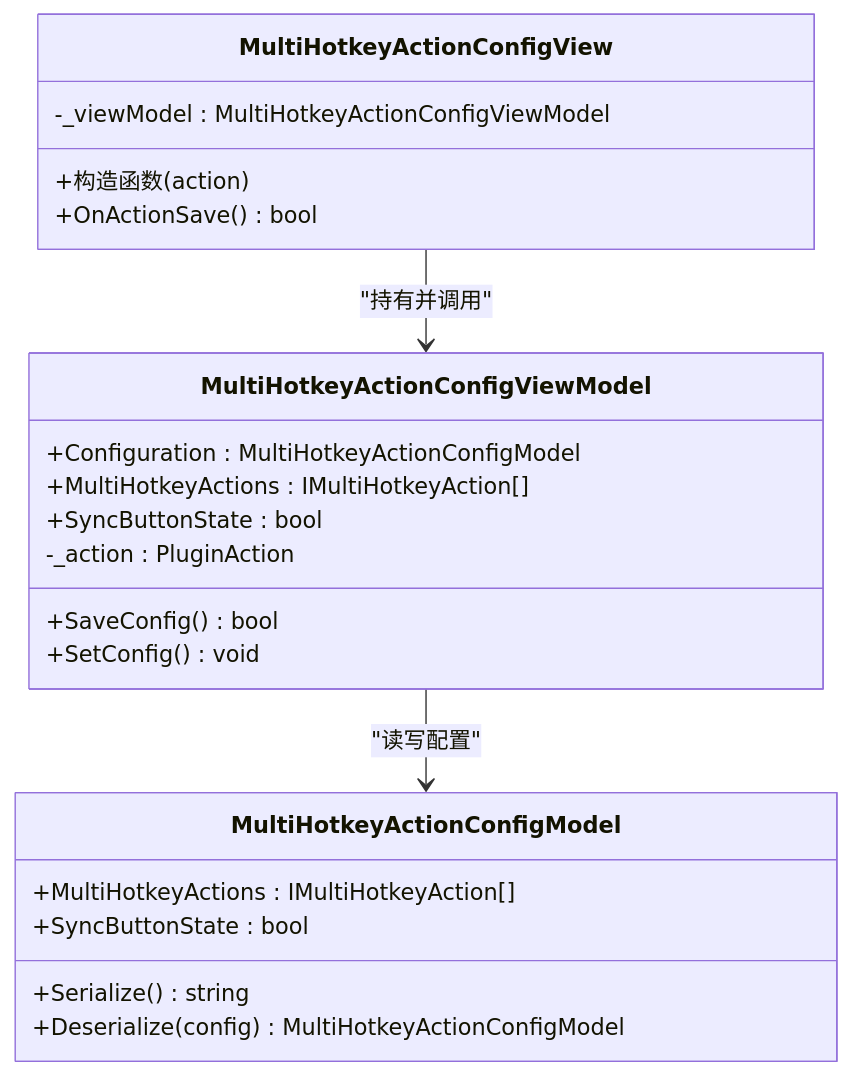
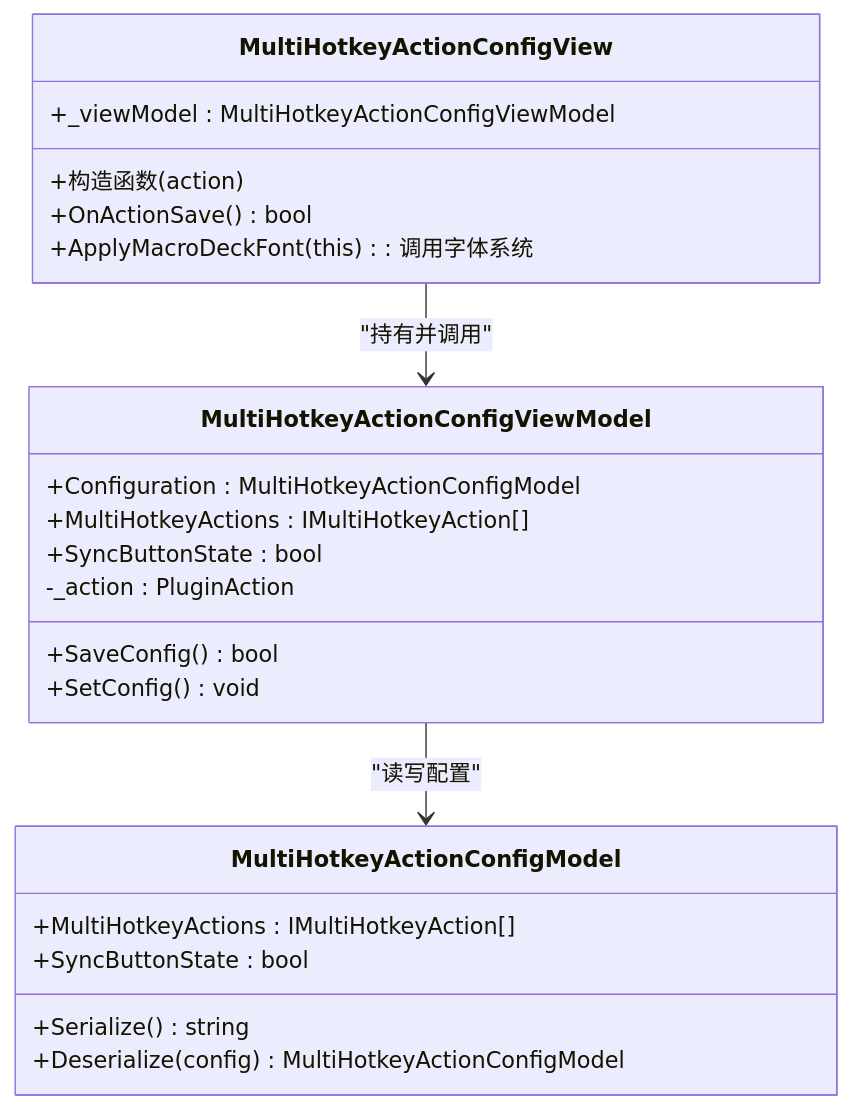
The fifth of 18 diagrams in .qoder/repowiki/zh/content/开发者指南/GUI组件开发/GUI组件开发.md (tea4go/Macro-Deck-Windows-Utils-Plugin), drawn with Mermaid before and after one commit. The commit also changed other lines of this file and 13 other files, not shown here.

````diff
--- a/.qoder/repowiki/zh/content/开发者指南/GUI组件开发/GUI组件开发.md
+++ b/.qoder/repowiki/zh/content/开发者指南/GUI组件开发/GUI组件开发.md
@@ -121,24 +207,25 @@
 ```mermaid
 classDiagram
 class MultiHotkeyActionConfigView {
 +构造函数(action)
 +OnActionSave() bool
--_viewModel : MultiHotkeyActionConfigViewModel
++_viewModel : MultiHotkeyActionConfigViewModel
++ApplyMacroDeckFont(this) : 调用字体系统
 }
 class MultiHotkeyActionConfigViewModel {
 +Configuration : MultiHotkeyActionConfigModel
 +MultiHotkeyActions : IMultiHotkeyAction[]
 +SyncButtonState : bool
 +SaveConfig() bool
 +SetConfig() void
 -_action : PluginAction
 }
 class MultiHotkeyActionConfigModel {
 +MultiHotkeyActions : IMultiHotkeyAction[]
 +SyncButtonState : bool
 +Serialize() string
 +Deserialize(config) MultiHotkeyActionConfigModel
 }
 MultiHotkeyActionConfigView --> MultiHotkeyActionConfigViewModel : "持有并调用"
 MultiHotkeyActionConfigViewModel --> MultiHotkeyActionConfigModel : "读写配置"
 ```
````
